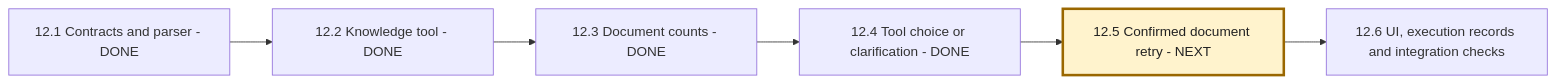
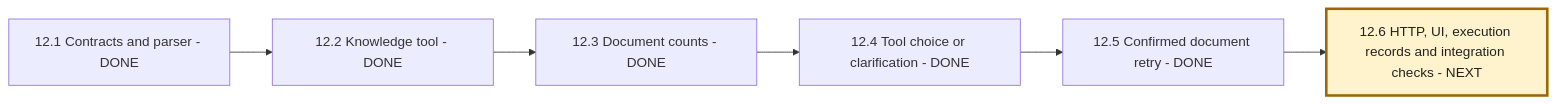
The fourth of 4 diagrams in NEXAAI_ROADMAP.md (msdian0007/nexaAi), drawn with Mermaid before and after one commit. The commit also changed other lines of this file and 10 other files, not shown here.

Commit message:
propose and confirm one document retry

````diff
--- a/NEXAAI_ROADMAP.md
+++ b/NEXAAI_ROADMAP.md
@@ -305,9 +305,9 @@
 ```mermaid
 flowchart LR
     A[12.1 Contracts and parser - DONE] --> B[12.2 Knowledge tool - DONE]
     B --> C[12.3 Document counts - DONE]
     C --> D[12.4 Tool choice or clarification - DONE]
-    D --> E[12.5 Confirmed document retry - NEXT]
-    E --> F[12.6 UI, execution records and integration checks]
-    style E fill:#fff3cd,stroke:#9a6700,stroke-width:3px,color:#222
+    D --> E[12.5 Confirmed document retry - DONE]
+    E --> F[12.6 HTTP, UI, execution records and integration checks - NEXT]
+    style F fill:#fff3cd,stroke:#9a6700,stroke-width:3px,color:#222
 ```
````
